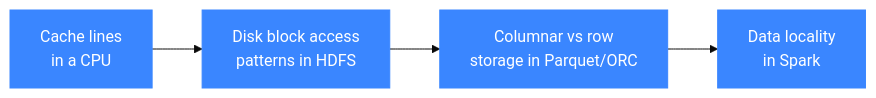
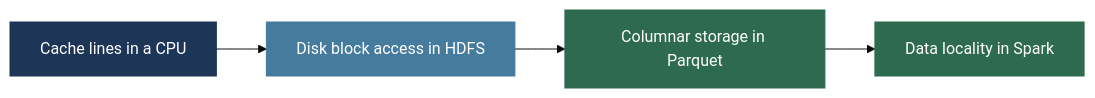
One commit to MuhammadTahaNasir/Big-Data-Analytics-Notes changed the third of 14 diagrams in Week1/Lecture2_Hardware_Moores_Amdahls.md. Above: the diagram before and after it, drawn with Mermaid (base theme). The commit also changed other lines of this file, not shown here.

````diff
--- a/Week1/Lecture2_Hardware_Moores_Amdahls.md
+++ b/Week1/Lecture2_Hardware_Moores_Amdahls.md
@@ -111,9 +108,9 @@
 ```mermaid
 flowchart LR
-    P1["Cache lines\nin a CPU"] --> P2["Disk block access\npatterns in HDFS"] --> P3["Columnar vs row\nstorage in Parquet/ORC"] --> P4["Data locality\nin Spark"]
+    A[Cache lines in a CPU] --> B[Disk block access in HDFS] --> C[Columnar storage in Parquet] --> D[Data locality in Spark]
 
-    style P1 fill:#3a86ff,color:#fff,stroke:#3a86ff
-    style P2 fill:#3a86ff,color:#fff,stroke:#3a86ff
-    style P3 fill:#3a86ff,color:#fff,stroke:#3a86ff
-    style P4 fill:#3a86ff,color:#fff,stroke:#3a86ff
+    style A fill:#1d3557,color:#fff,stroke:#1d3557
+    style B fill:#457b9d,color:#fff,stroke:#457b9d
+    style C fill:#2d6a4f,color:#fff,stroke:#2d6a4f
+    style D fill:#2d6a4f,color:#fff,stroke:#2d6a4f
 ```
````
